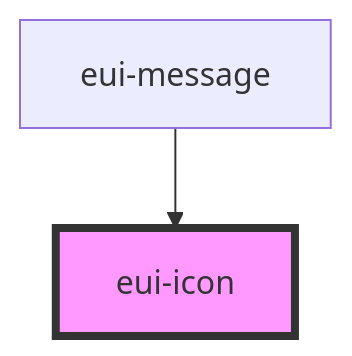
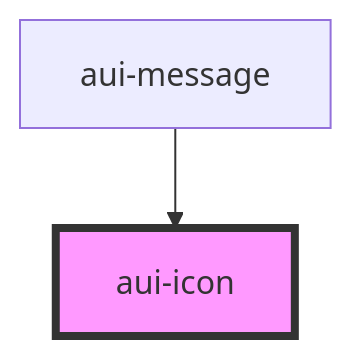
The diagram in src/components/icon/readme.md (MQpeng/ant-web-ui), drawn with Mermaid before and after one commit. The commit also changed other lines of this file and 9 other files, not shown here.

````diff
--- a/src/components/icon/readme.md
+++ b/src/components/icon/readme.md
@@ -27,5 +27,5 @@
 ```mermaid
 graph TD;
-  eui-message --> eui-icon
-  style eui-icon fill:#f9f,stroke:#333,stroke-width:4px
+  aui-message --> aui-icon
+  style aui-icon fill:#f9f,stroke:#333,stroke-width:4px
 ```
````
